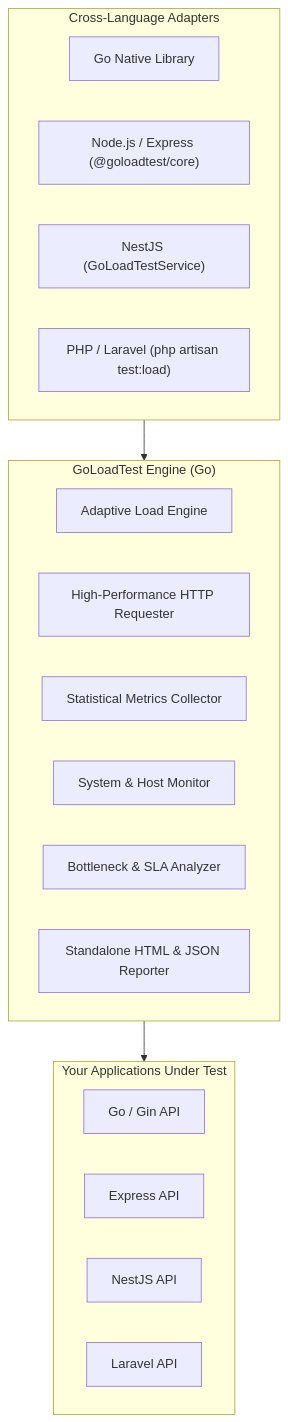
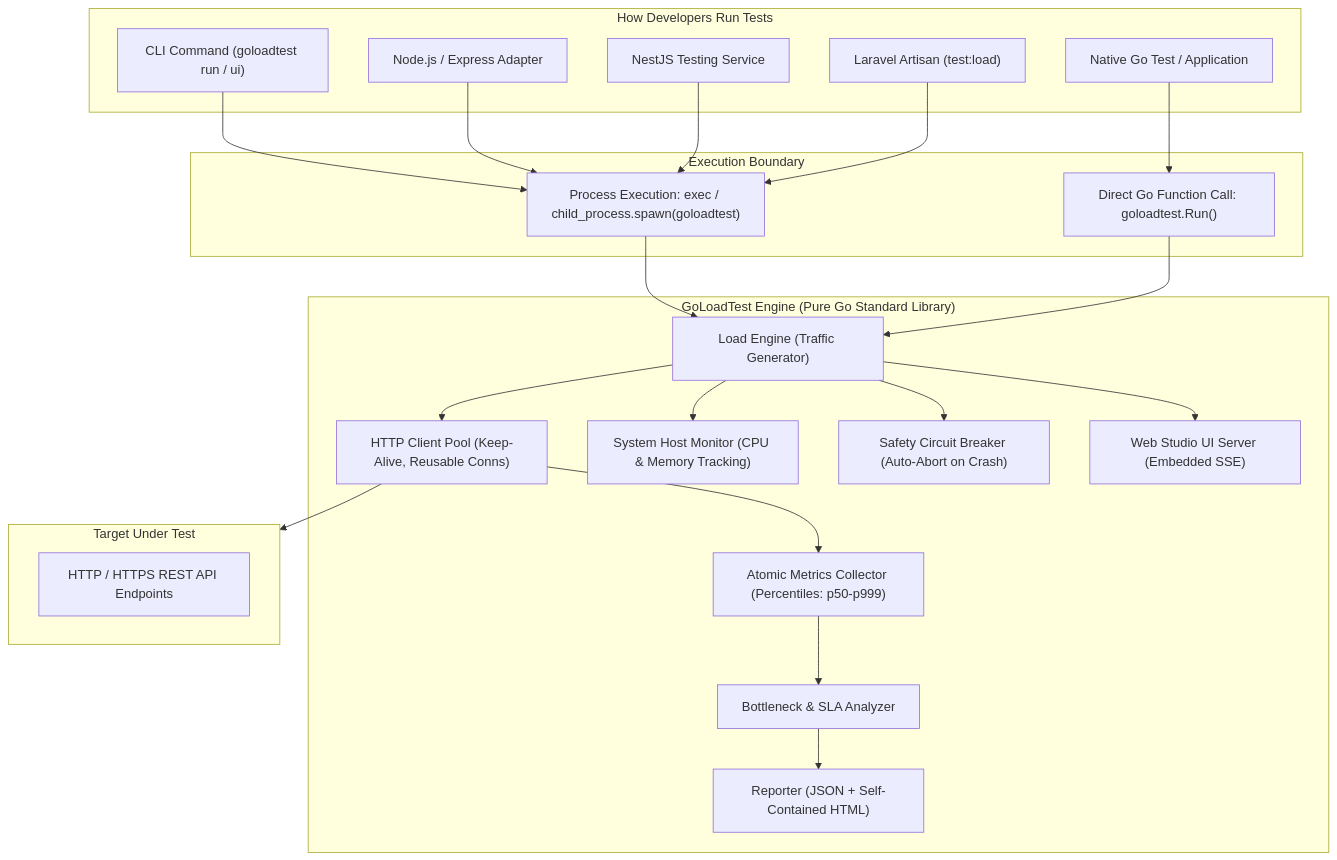
One commit to Zihad-Bepari/GoLoadTest changed the diagram in README.md. Above: the diagram before and after it, drawn with Mermaid. The commit also changed other lines of this file and 3 other files, not shown here.

````diff
--- a/README.md
+++ b/README.md
@@ -26,28 +63,48 @@
 ```mermaid
 flowchart TD
-    subgraph Core ["GoLoadTest Engine (Go)"]
-        Eng[Adaptive Load Engine]
-        Req[High-Performance HTTP Requester]
-        Met[Statistical Metrics Collector]
-        Mon[System & Host Monitor]
-        Ana[Bottleneck & SLA Analyzer]
-        Rep[Standalone HTML & JSON Reporter]
+    subgraph Consumers ["How Developers Run Tests"]
+        CLI["CLI Command (goloadtest run / ui)"]
+        GoApp["Native Go Test / Application"]
+        NodeApp["Node.js / Express Adapter"]
+        NestApp["NestJS Testing Service"]
+        LaravelApp["Laravel Artisan (test:load)"]
     end
 
-    subgraph Languages ["Cross-Language Adapters"]
-        GoPkg["Go Native Library"]
-        NodePkg["Node.js / Express (@goloadtest/core)"]
-        NestPkg["NestJS (GoLoadTestService)"]
-        PHPPkg["PHP / Laravel (php artisan test:load)"]
+    subgraph BinaryBoundary ["Execution Boundary"]
+        DirectCall["Direct Go Function Call: goloadtest.Run()"]
+        ProcessExec["Process Execution: exec / child_process.spawn(goloadtest)"]
     end
 
-    subgraph Target ["Your Applications Under Test"]
-        GinAPI["Go / Gin API"]
-        ExpAPI["Express API"]
-        NestAPI["NestJS API"]
-        LarAPI["Laravel API"]
+    subgraph EngineCore ["GoLoadTest Engine (Pure Go Standard Library)"]
+        Eng["Load Engine (Traffic Generator)"]
+        Req["HTTP Client Pool (Keep-Alive, Reusable Conns)"]
+        Met["Atomic Metrics Collector (Percentiles: p50-p999)"]
+        Mon["System Host Monitor (CPU & Memory Tracking)"]
+        CB["Safety Circuit Breaker (Auto-Abort on Crash)"]
+        Ana["Bottleneck & SLA Analyzer"]
+        Rep["Reporter (JSON + Self-Contained HTML)"]
+        UI["Web Studio UI Server (Embedded SSE)"]
     end
 
-    Languages --> Core
-    Core --> Target
+    subgraph Target ["Target Under Test"]
+        API["HTTP / HTTPS REST API Endpoints"]
+    end
+
+    CLI --> ProcessExec
+    NodeApp --> ProcessExec
+    NestApp --> ProcessExec
+    LaravelApp --> ProcessExec
+    GoApp --> DirectCall
+
+    ProcessExec --> Eng
+    DirectCall --> Eng
+
+    Eng --> Req
+    Eng --> CB
+    Req --> Target
+    Req --> Met
+    Eng --> Mon
+    Met --> Ana
+    Ana --> Rep
+    Eng --> UI
 ```
````
